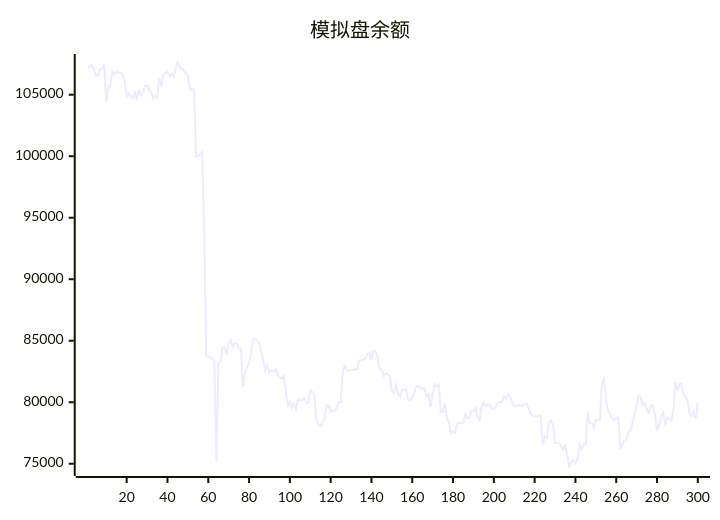
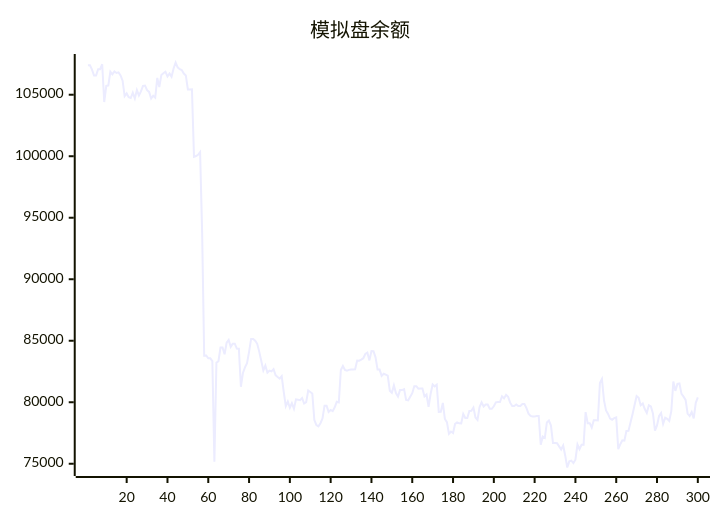
The diagram in README.md (aahl/ai-trading), drawn with Mermaid before and after one commit. The commit also changed other lines of this file and 1 other file, not shown here.

````diff
--- a/README.md
+++ b/README.md
@@ -5,5 +5,5 @@
 ```mermaid
 xychart
     title "模拟盘余额"
-    line [107134,107393,107393,107046,106565,106565,107081,107081,107478,104404,105715,105749,106866,106651,106889,106771,106816,106565,106141,104876,105103,104796,104734,105169,104690,105380,104941,105272,105709,105739,105374,105227,104691,104924,104762,106364,105628,106608,106748,106872,106485,106721,106468,107132,107620,107224,107080,107001,106717,106567,105431,105431,105440,99950,100017,100113,100337,93749,83795,83807,83567,83567,83342,75168,83222,83336,84448,84449,83896,84839,85065,84499,84757,84757,84364,84347,81254,82385,82835,83184,84099,85150,85150,85002,84751,84096,83356,82582,82983,82404,82572,82512,82688,82200,82047,81920,82125,80840,79688,80060,79552,79920,79470,80236,80208,80170,80336,79894,80006,80954,80837,80712,78561,78139,78037,78293,78682,79720,79720,79214,79372,79279,79591,80046,79993,82625,82950,82626,82571,82633,82670,82670,82681,83386,83378,83464,83579,83920,84037,83402,84160,84142,83652,82655,82655,82145,82315,82243,82163,80934,80770,81371,80742,80468,80989,80989,81067,80191,80155,80450,80737,81309,81309,81106,81119,81119,80471,80631,79624,80670,81448,81290,81429,79212,79222,79940,78643,78380,77432,77623,77504,78235,78358,78284,78277,79048,78714,78714,79290,79308,79567,78763,78563,79603,79988,79652,79813,79813,79476,79469,79673,79995,80015,80015,80486,80314,80600,80436,79966,79689,79689,79819,79692,79692,79850,79850,79518,79071,78889,78850,78850,78878,78878,76554,77202,77103,78357,78510,78106,76678,76677,76672,76411,76159,76485,75656,74695,75197,75246,75052,75334,76564,76179,76553,76551,79196,78300,78300,77944,78531,78531,78521,81564,81884,80160,79335,79055,78675,78580,78708,78764,76179,76586,76902,76876,77658,77669,78346,79023,79769,80497,80366,79761,79896,79448,79126,79749,79658,79097,77695,78114,78888,79126,78249,78738,78653,78478,79271,81680,80923,81488,81527,80681,80455,80190,79084,78879,79193,78686,79954]
+    line [107393,107393,107046,106565,106565,107081,107081,107478,104404,105715,105749,106866,106651,106889,106771,106816,106565,106141,104876,105103,104796,104734,105169,104690,105380,104941,105272,105709,105739,105374,105227,104691,104924,104762,106364,105628,106608,106748,106872,106485,106721,106468,107132,107620,107224,107080,107001,106717,106567,105431,105431,105440,99950,100017,100113,100337,93749,83795,83807,83567,83567,83342,75168,83222,83336,84448,84449,83896,84839,85065,84499,84757,84757,84364,84347,81254,82385,82835,83184,84099,85150,85150,85002,84751,84096,83356,82582,82983,82404,82572,82512,82688,82200,82047,81920,82125,80840,79688,80060,79552,79920,79470,80236,80208,80170,80336,79894,80006,80954,80837,80712,78561,78139,78037,78293,78682,79720,79720,79214,79372,79279,79591,80046,79993,82625,82950,82626,82571,82633,82670,82670,82681,83386,83378,83464,83579,83920,84037,83402,84160,84142,83652,82655,82655,82145,82315,82243,82163,80934,80770,81371,80742,80468,80989,80989,81067,80191,80155,80450,80737,81309,81309,81106,81119,81119,80471,80631,79624,80670,81448,81290,81429,79212,79222,79940,78643,78380,77432,77623,77504,78235,78358,78284,78277,79048,78714,78714,79290,79308,79567,78763,78563,79603,79988,79652,79813,79813,79476,79469,79673,79995,80015,80015,80486,80314,80600,80436,79966,79689,79689,79819,79692,79692,79850,79850,79518,79071,78889,78850,78850,78878,78878,76554,77202,77103,78357,78510,78106,76678,76677,76672,76411,76159,76485,75656,74695,75197,75246,75052,75334,76564,76179,76553,76551,79196,78300,78300,77944,78531,78531,78521,81564,81884,80160,79335,79055,78675,78580,78708,78764,76179,76586,76902,76876,77658,77669,78346,79023,79769,80497,80366,79761,79896,79448,79126,79749,79658,79097,77695,78114,78888,79126,78249,78738,78653,78478,79271,81680,80923,81488,81527,80681,80455,80190,79084,78879,79193,78686,79954,80403]
 ```
````
